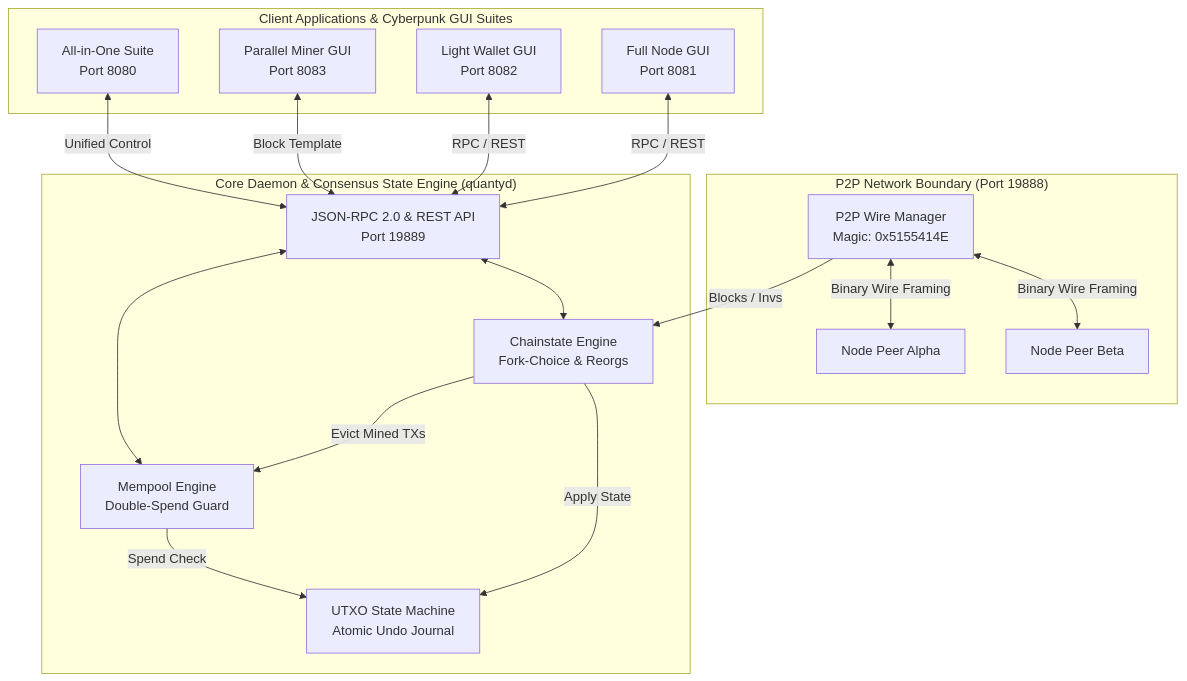
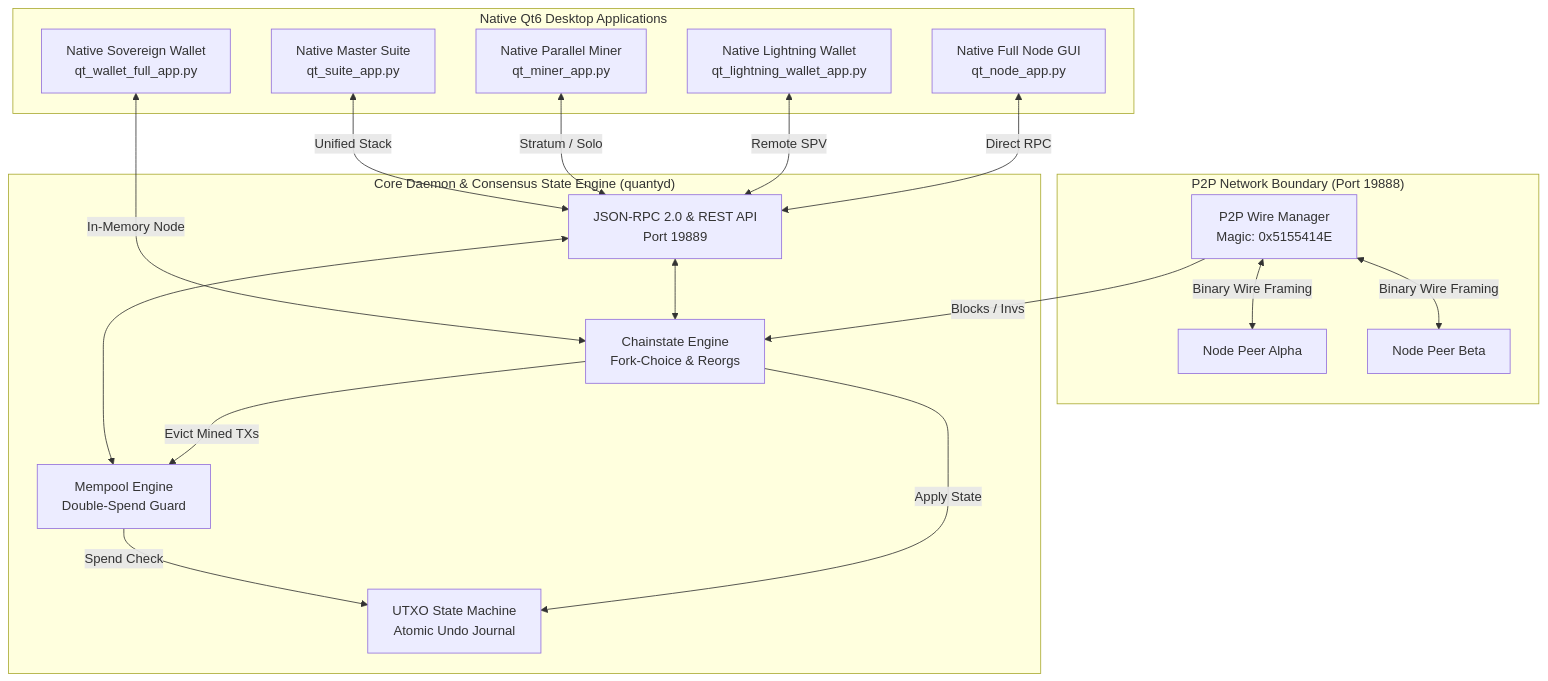
The diagram in README.md (timfromhcs/QuantyCoin), drawn with Mermaid before and after one commit. The commit also changed other lines of this file and 15 other files, not shown here.

First line of the commit message:
feat(ui): build native Qt6 desktop apps (Full Wallet with built-in Node, Lightning SPV Wallet, Standalone Node & Miner)

````diff
--- a/README.md
+++ b/README.md
@@ -85,36 +124,38 @@
 ```mermaid
 graph TB
     subgraph "P2P Network Boundary (Port 19888)"
         P2P[P2P Wire Manager\nMagic: 0x5155414E]
         PeerA[Node Peer Alpha]
         PeerB[Node Peer Beta]
         P2P <-->|Binary Wire Framing| PeerA
         P2P <-->|Binary Wire Framing| PeerB
     end
 
     subgraph "Core Daemon & Consensus State Engine (quantyd)"
         CS[Chainstate Engine\nFork-Choice & Reorgs]
         UTXO[UTXO State Machine\nAtomic Undo Journal]
         MEM[Mempool Engine\nDouble-Spend Guard]
         RPC[JSON-RPC 2.0 & REST API\nPort 19889]
         
         P2P -->|Blocks / Invs| CS
         CS -->|Apply State| UTXO
         MEM -->|Spend Check| UTXO
         CS -->|Evict Mined TXs| MEM
         RPC <--> CS
         RPC <--> MEM
     end
 
-    subgraph "Client Applications & Cyberpunk GUI Suites"
-        GUI_NODE[Full Node GUI\nPort 8081]
-        GUI_WALLET[Light Wallet GUI\nPort 8082]
-        GUI_MINER[Parallel Miner GUI\nPort 8083]
-        GUI_SUITE[All-in-One Suite\nPort 8080]
+    subgraph "Native Qt6 Desktop Applications"
+        GUI_NODE[Native Full Node GUI\nqt_node_app.py]
+        GUI_WALLET[Native Sovereign Wallet\nqt_wallet_full_app.py]
+        GUI_LIGHT[Native Lightning Wallet\nqt_lightning_wallet_app.py]
+        GUI_MINER[Native Parallel Miner\nqt_miner_app.py]
+        GUI_SUITE[Native Master Suite\nqt_suite_app.py]
         
-        GUI_NODE <-->|RPC / REST| RPC
-        GUI_WALLET <-->|RPC / REST| RPC
-        GUI_MINER <-->|Block Template| RPC
-        GUI_SUITE <-->|Unified Control| RPC
+        GUI_NODE <-->|Direct RPC| RPC
+        GUI_WALLET <-->|In-Memory Node| CS
+        GUI_LIGHT <-->|Remote SPV| RPC
+        GUI_MINER <-->|Stratum / Solo| RPC
+        GUI_SUITE <-->|Unified Stack| RPC
     end
 ```
````
